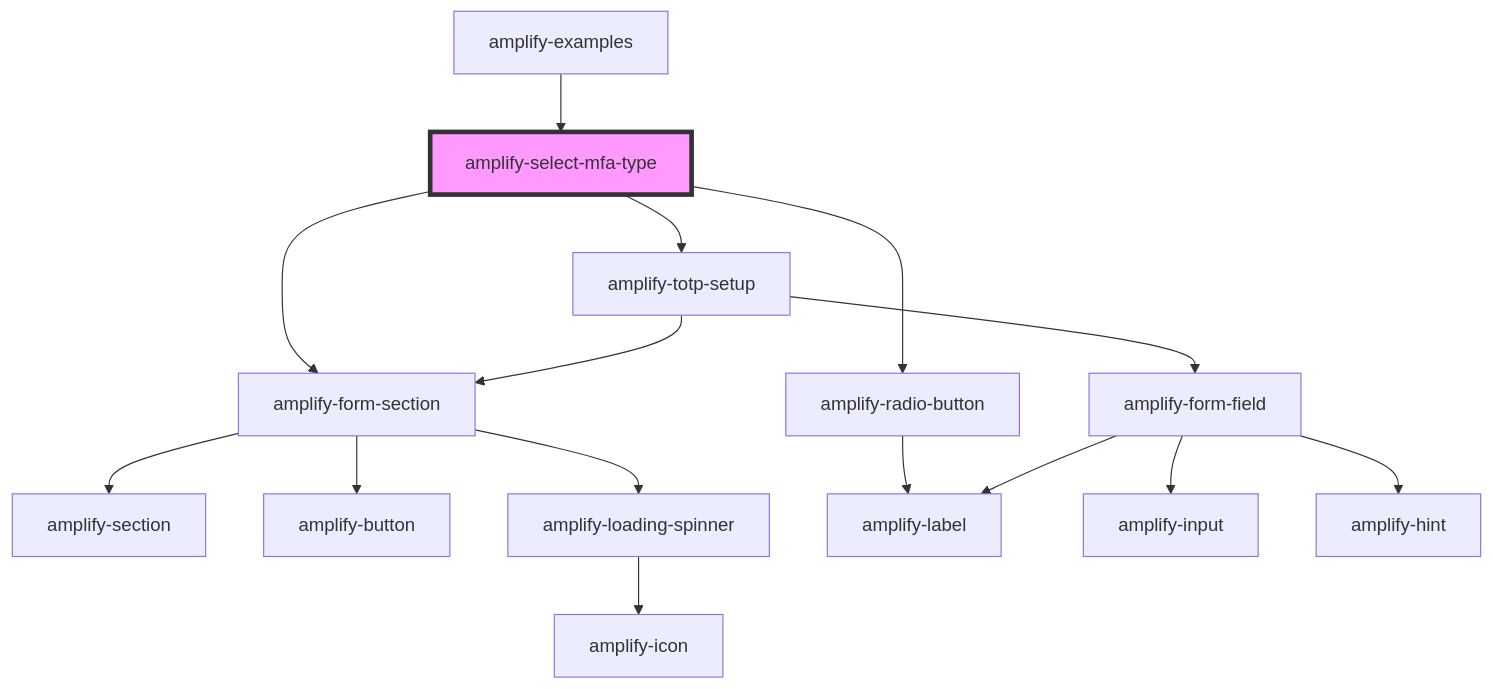
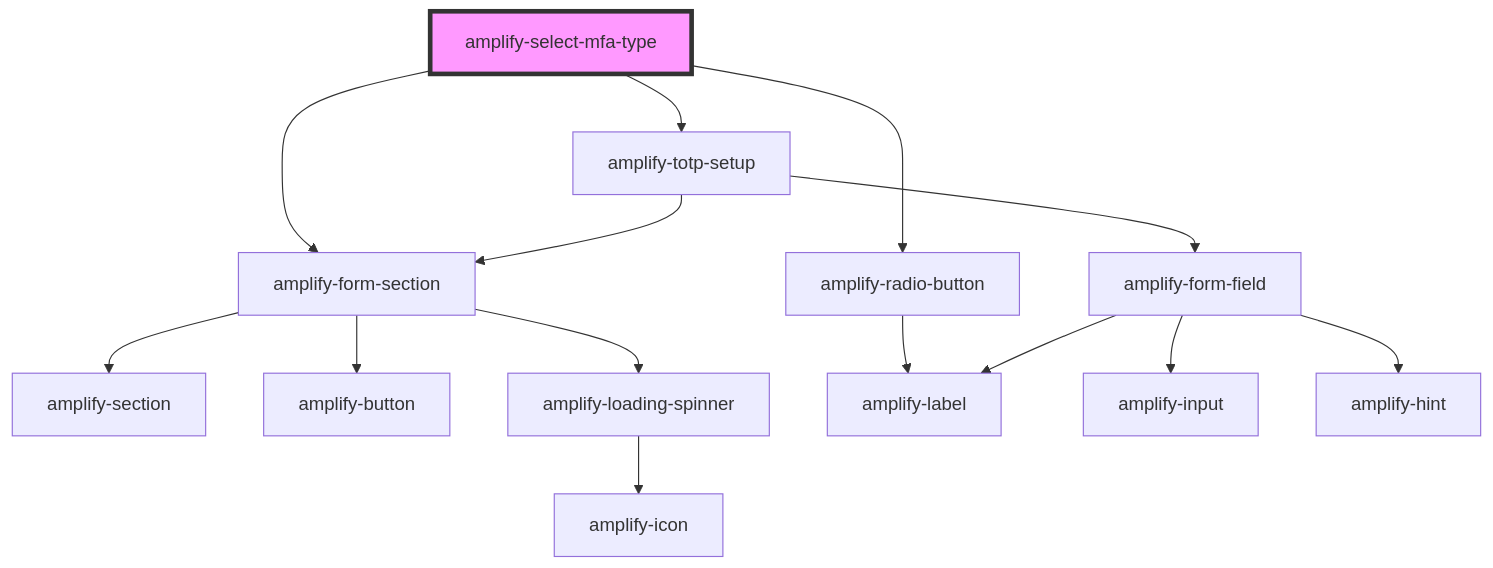
The diagram in packages/amplify-ui-components/src/components/amplify-select-mfa-type/readme.md (OneDev0411/amplify-js), drawn with Mermaid before and after one commit. The commit also changed other lines of this file and 34 other files, not shown here.

````diff
--- a/packages/amplify-ui-components/src/components/amplify-select-mfa-type/readme.md
+++ b/packages/amplify-ui-components/src/components/amplify-select-mfa-type/readme.md
@@ -28,18 +24,17 @@
 ```mermaid
 graph TD;
   amplify-select-mfa-type --> amplify-form-section
   amplify-select-mfa-type --> amplify-radio-button
   amplify-select-mfa-type --> amplify-totp-setup
   amplify-form-section --> amplify-section
   amplify-form-section --> amplify-button
   amplify-form-section --> amplify-loading-spinner
   amplify-loading-spinner --> amplify-icon
   amplify-radio-button --> amplify-label
   amplify-totp-setup --> amplify-form-section
   amplify-totp-setup --> amplify-form-field
   amplify-form-field --> amplify-label
   amplify-form-field --> amplify-input
   amplify-form-field --> amplify-hint
-  amplify-examples --> amplify-select-mfa-type
   style amplify-select-mfa-type fill:#f9f,stroke:#333,stroke-width:4px
 ```
````
